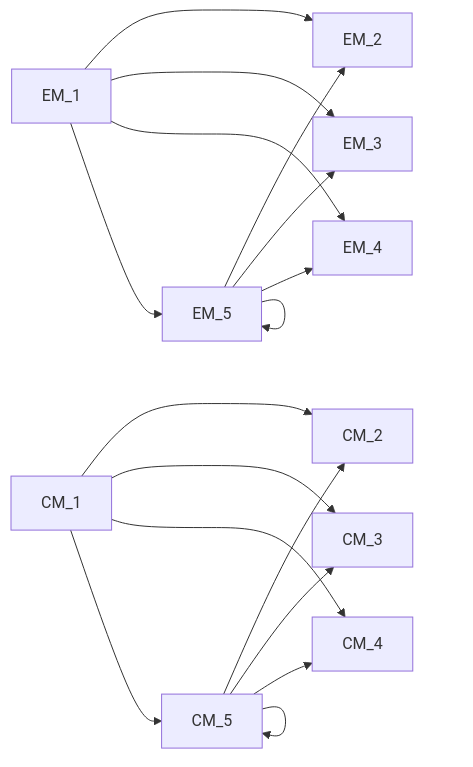
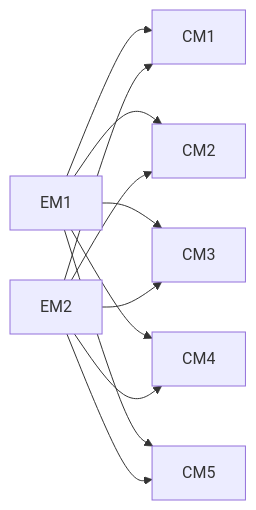
One commit to hajer78945/eng5 changed the third of 3 diagrams in README.md. Above: the diagram before and after it, drawn with Mermaid. The commit also changed other lines of this file, not shown here.

````diff
--- a/README.md
+++ b/README.md
@@ -357,19 +357,13 @@
 ```mermaid
 graph LR
-EM1[EM_1] --> EM2[EM_2]
-EM1 --> EM3[EM_3]
-EM1 --> EM4[EM_4]
-EM1 --> EM5[EM_5]
-EM5 --> EM2
-EM5 --> EM3
-EM5 --> EM4
-EM5 --> EM5
-CM1[CM_1] --> CM2[CM_2]
-CM1 --> CM3[CM_3]
-CM1 --> CM4[CM_4]
-CM1 --> CM5[CM_5]
-CM5 --> CM2
-CM5 --> CM3
-CM5 --> CM4
-CM5 --> CM5
+EM1 --> CM1
+EM1 --> CM2
+EM1 --> CM3
+EM1 --> CM4
+EM1 --> CM5
+EM2 --> CM1
+EM2 --> CM2
+EM2 --> CM3
+EM2 --> CM4
+EM2 --> CM5
 ```
````
